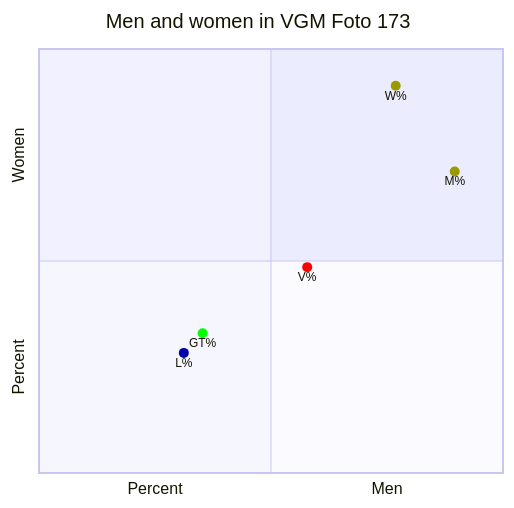
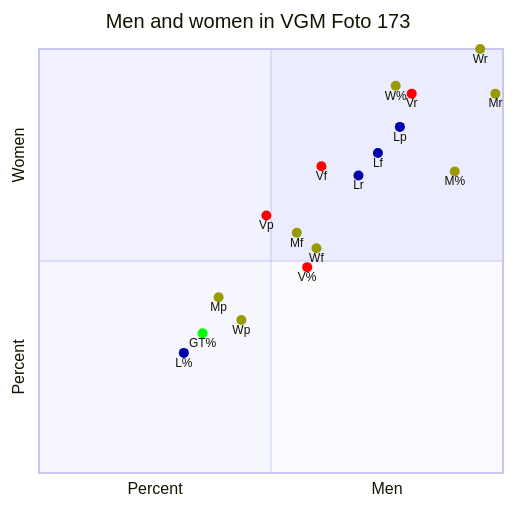
One commit to Modern36/tropes_1500 changed the fifth of 11 diagrams in browser/scatter.md. Above: the diagram before and after it, drawn with Mermaid. The commit also changed other lines of this file and 1 other file, not shown here.

````diff
--- a/browser/scatter.md
+++ b/browser/scatter.md
@@ -76,12 +124,24 @@
 ```mermaid
 quadrantChart
     title Men and women in VGM Foto 173
     x-axis Percent --> Men
     y-axis Percent --> Women
     M%: [0.8959537572254336, 0.7109826589595376] color: #999900
     W%: [0.7687861271676301, 0.9132947976878613] color: #999900
     GT%: [0.35260115606936415, 0.32947976878612717] color: #00FF00
     V%: [0.5780346820809249, 0.48554913294797686] color: #FF0000
     L%: [0.31213872832369943, 0.2832369942196532] color: #0000AA
+    Lf: [0.7304347826086957, 0.7547169811320755]  color: #0000AA
+    Lp: [0.7777777777777778, 0.8163265306122449]  color: #0000AA
+    Lr: [0.6885245901639344, 0.7017543859649122]  color: #0000AA
+    Vf: [0.6086956521739131, 0.723404255319149]  color: #FF0000
+    Vp: [0.49, 0.6071428571428571]  color: #FF0000
+    Vr: [0.8032786885245902, 0.8947368421052632]  color: #FF0000
+    Wf: [0.5979381443298969, 0.5302325581395348]  color: #999900
+    Wp: [0.43609022556390975, 0.36075949367088606]  color: #999900
+    Wr: [0.9508196721311475, 0.9999]  color: #999900
+    Mf: [0.5555555555555556, 0.5666666666666667]  color: #999900
+    Mp: [0.3870967741935484, 0.4146341463414634]  color: #999900
+    Mr: [0.9836065573770492, 0.8947368421052632]  color: #999900
 
 ```
````
